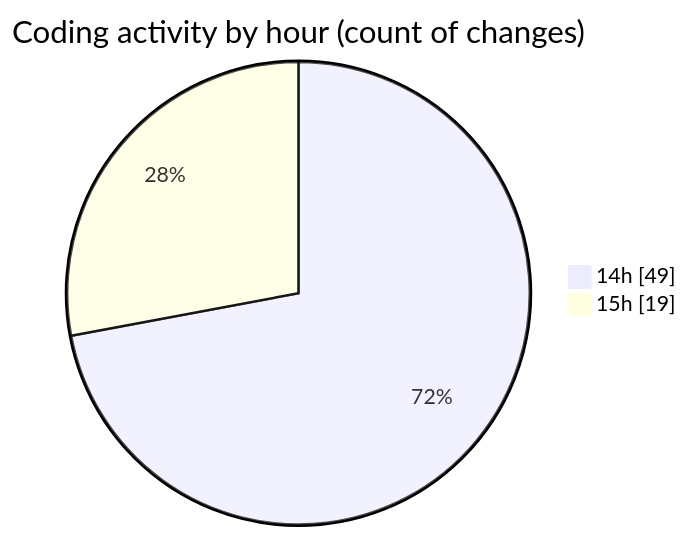
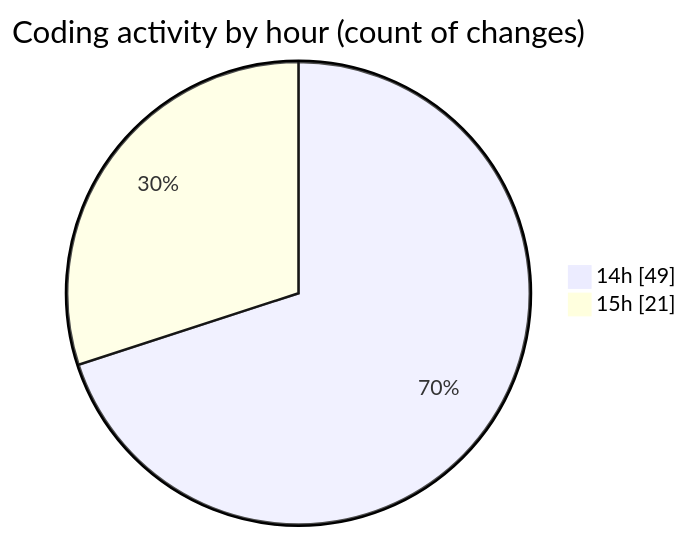
One commit to robertbonfada/code-tracking changed the second of 2 diagrams in 2025-02-27/audiobooks-web/README.md. Above: the diagram before and after it, drawn with Mermaid. The commit also changed other lines of this file and 1 other file, not shown here.

````diff
--- a/2025-02-27/audiobooks-web/README.md
+++ b/2025-02-27/audiobooks-web/README.md
@@ -44,6 +44,6 @@
 ```mermaid
 pie showData
 title Coding activity by hour (count of changes)
 "14h" : 49
-"15h" : 19
+"15h" : 21
 ```
````
